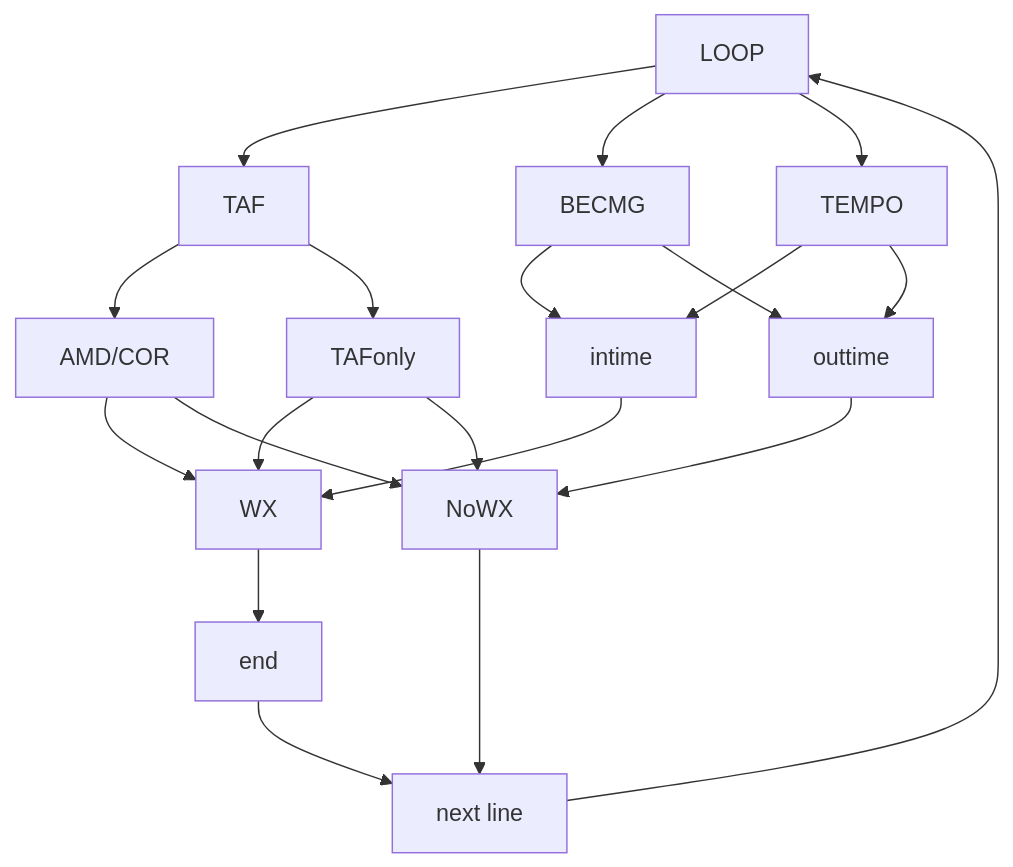
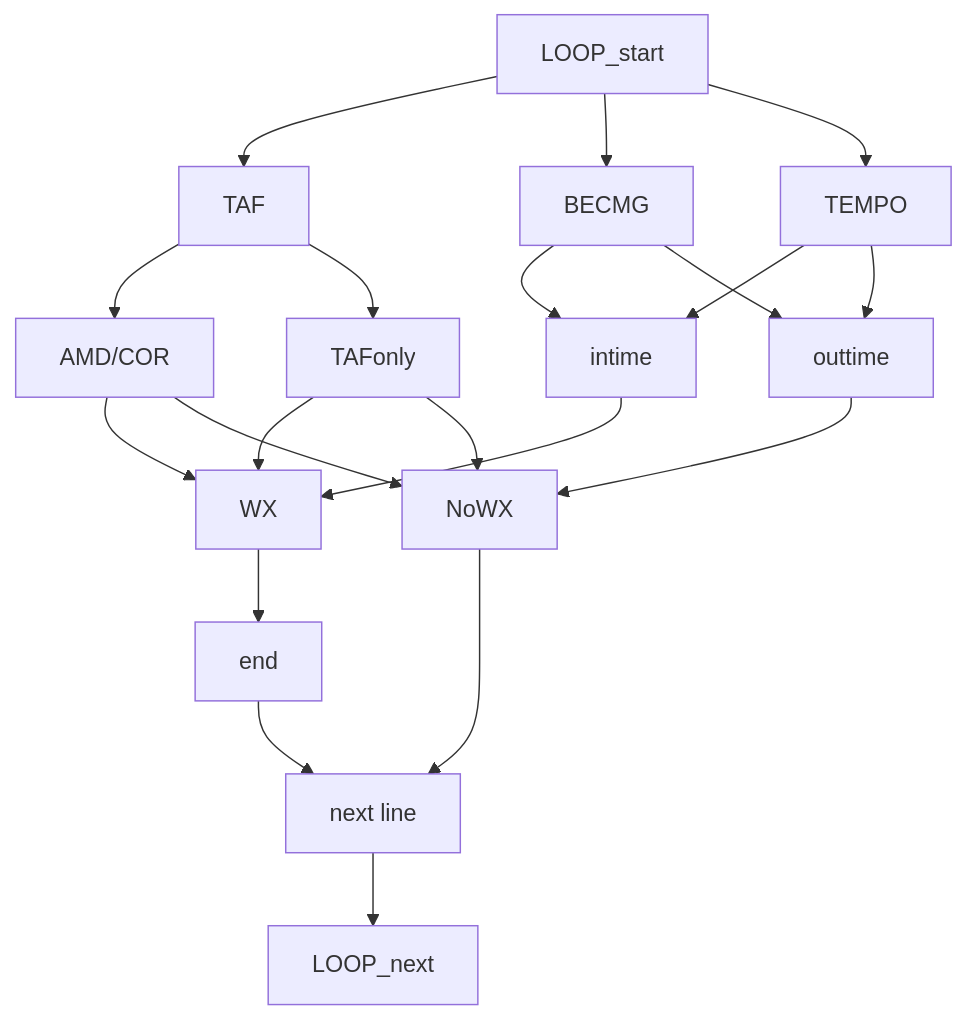
The second of 2 diagrams in README.md (PeterPan5277/Auto_analysis_crawler), drawn with Mermaid before and after one commit.

````diff
--- a/README.md
+++ b/README.md
@@ -28,22 +28,22 @@
 ```mermaid
 graph TD
-id1[LOOP]-->id2[TAF]
-id1[LOOP]-->id3[BECMG]
-id1[LOOP]-->id4[TEMPO]
+id1[LOOP_start]-->id2[TAF]
+id1[LOOP_start]-->id3[BECMG]
+id1[LOOP_start]-->id4[TEMPO]
 id2-->id5[AMD/COR]
 id2-->id6[TAFonly]
 id5-->id7[WX]
 id5-->id8[NoWX]
 id7-->id9[end]
 id9-->id10
 id8-->id10[next line]
 id6-->id7
 id6-->id8
 id3-->id11[intime]
 id3-->id12[outtime]
 id11-->id7
 id12-->id8
 id4-->id11
 id4-->id12
-id10-->id1
+id10-->id13[LOOP_next]
 ```
````
